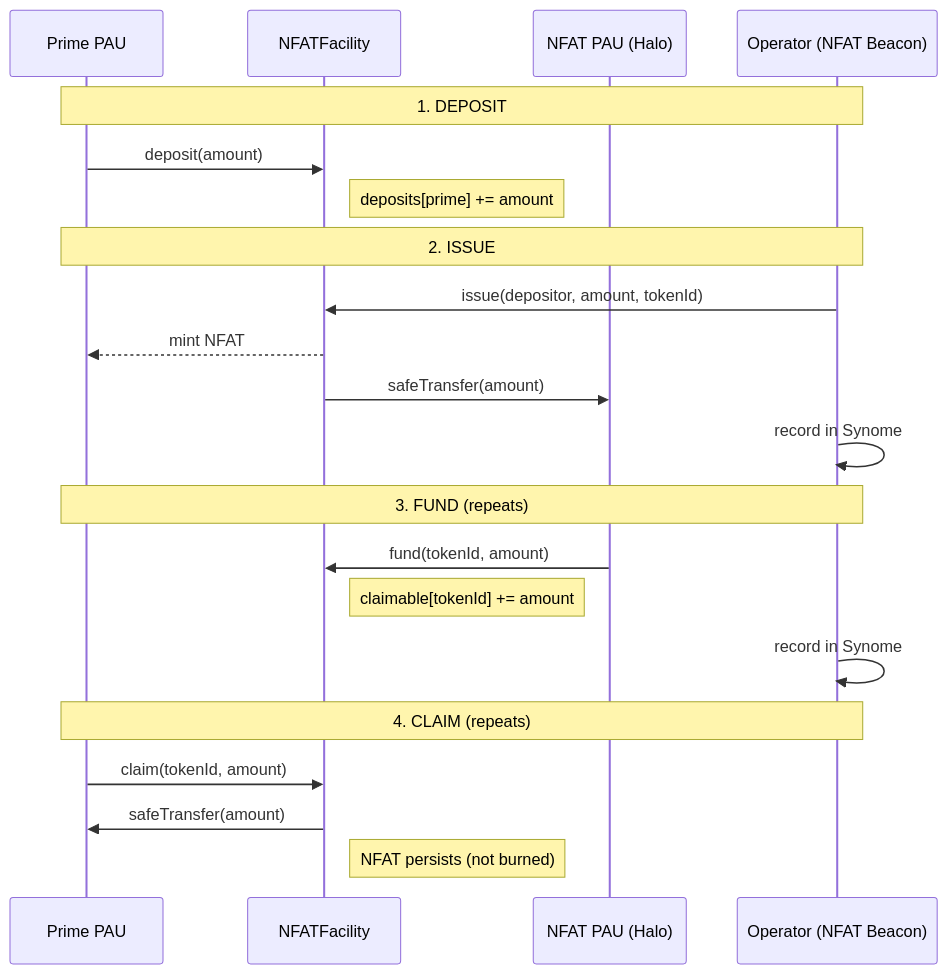
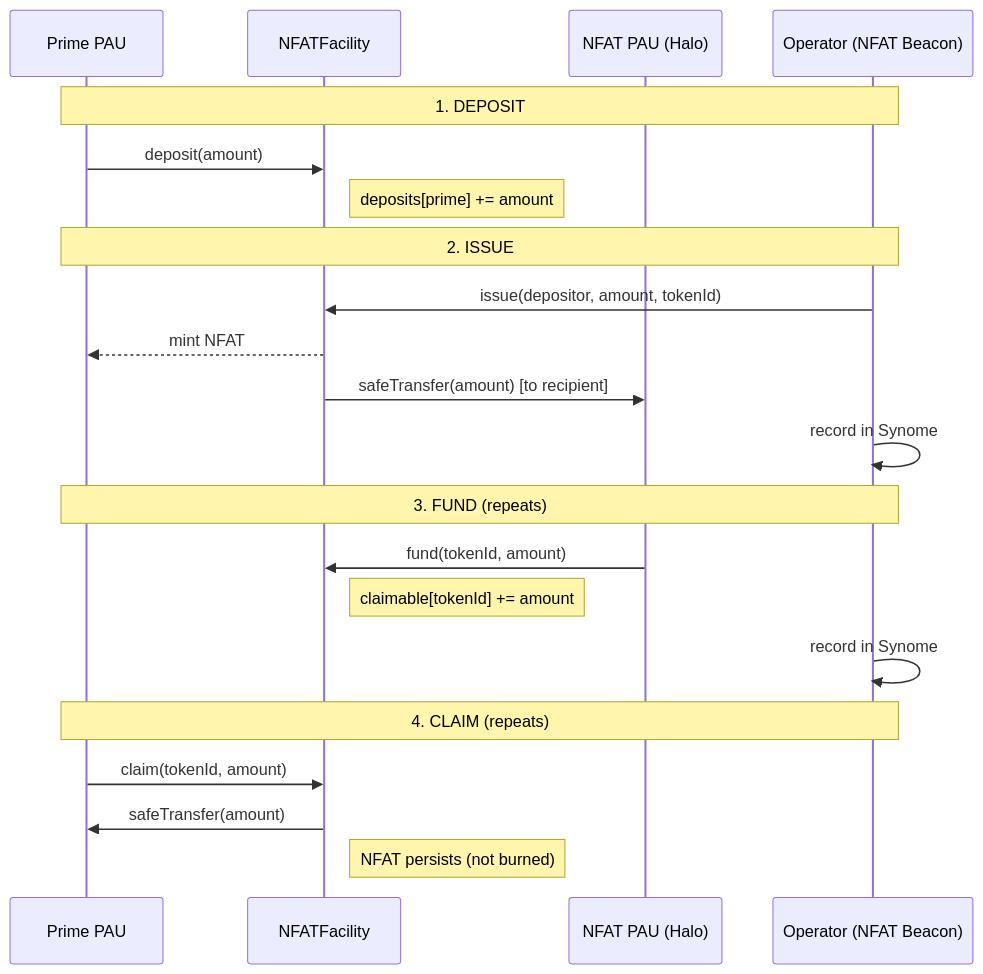
One commit to archon-research/nfat changed the third of 3 diagrams in README.md. Above: the diagram before and after it, drawn with Mermaid. The commit also changed other lines of this file and 2 other files, not shown here.

Commit message:
rename recipient, remove defund

````diff
--- a/README.md
+++ b/README.md
@@ -318,27 +305,27 @@
 ```mermaid
 sequenceDiagram
     participant Prime as Prime PAU
     participant Facility as NFATFacility
     participant NFATPAU as NFAT PAU (Halo)
     participant Beacon as Operator (NFAT Beacon)
 
     Note over Prime,Beacon: 1. DEPOSIT
     Prime->>Facility: deposit(amount)
     Note right of Facility: deposits[prime] += amount
 
     Note over Prime,Beacon: 2. ISSUE
     Beacon->>Facility: issue(depositor, amount, tokenId)
     Facility-->>Prime: mint NFAT
-    Facility->>NFATPAU: safeTransfer(amount)
+    Facility->>NFATPAU: safeTransfer(amount) [to recipient]
     Beacon->>Beacon: record in Synome
 
     Note over Prime,Beacon: 3. FUND (repeats)
     NFATPAU->>Facility: fund(tokenId, amount)
     Note right of Facility: claimable[tokenId] += amount
     Beacon->>Beacon: record in Synome
 
     Note over Prime,Beacon: 4. CLAIM (repeats)
     Prime->>Facility: claim(tokenId, amount)
     Facility->>Prime: safeTransfer(amount)
     Note right of Facility: NFAT persists (not burned)
 ```
````
